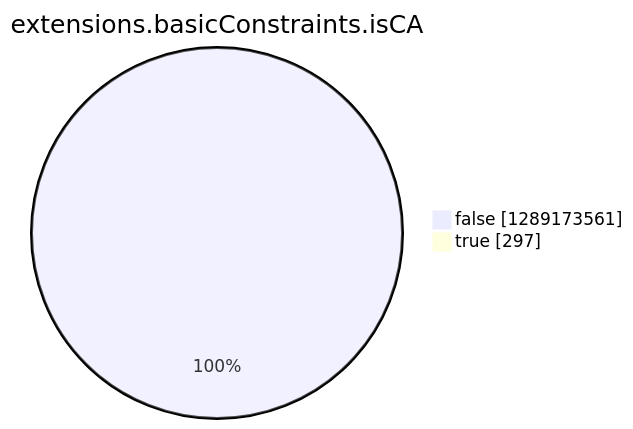
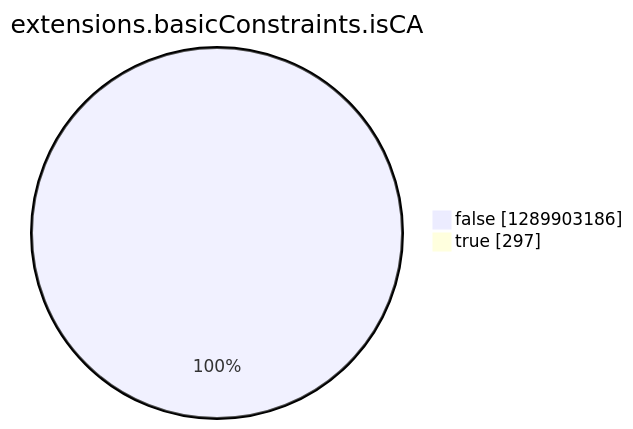
Before and after one commit to christiankrug/ctmonitor_visualization: the eighth of 15 diagrams in argon2022/README.md, drawn with Mermaid. The commit also changed other lines of this file, not shown here.

````diff
--- a/argon2022/README.md
+++ b/argon2022/README.md
@@ -2756,6 +2756,6 @@
 ```mermaid
 pie showData
 title extensions.basicConstraints.isCA
-"false" :1289173561
+"false" :1289903186
 "true" :297
 ```
````
